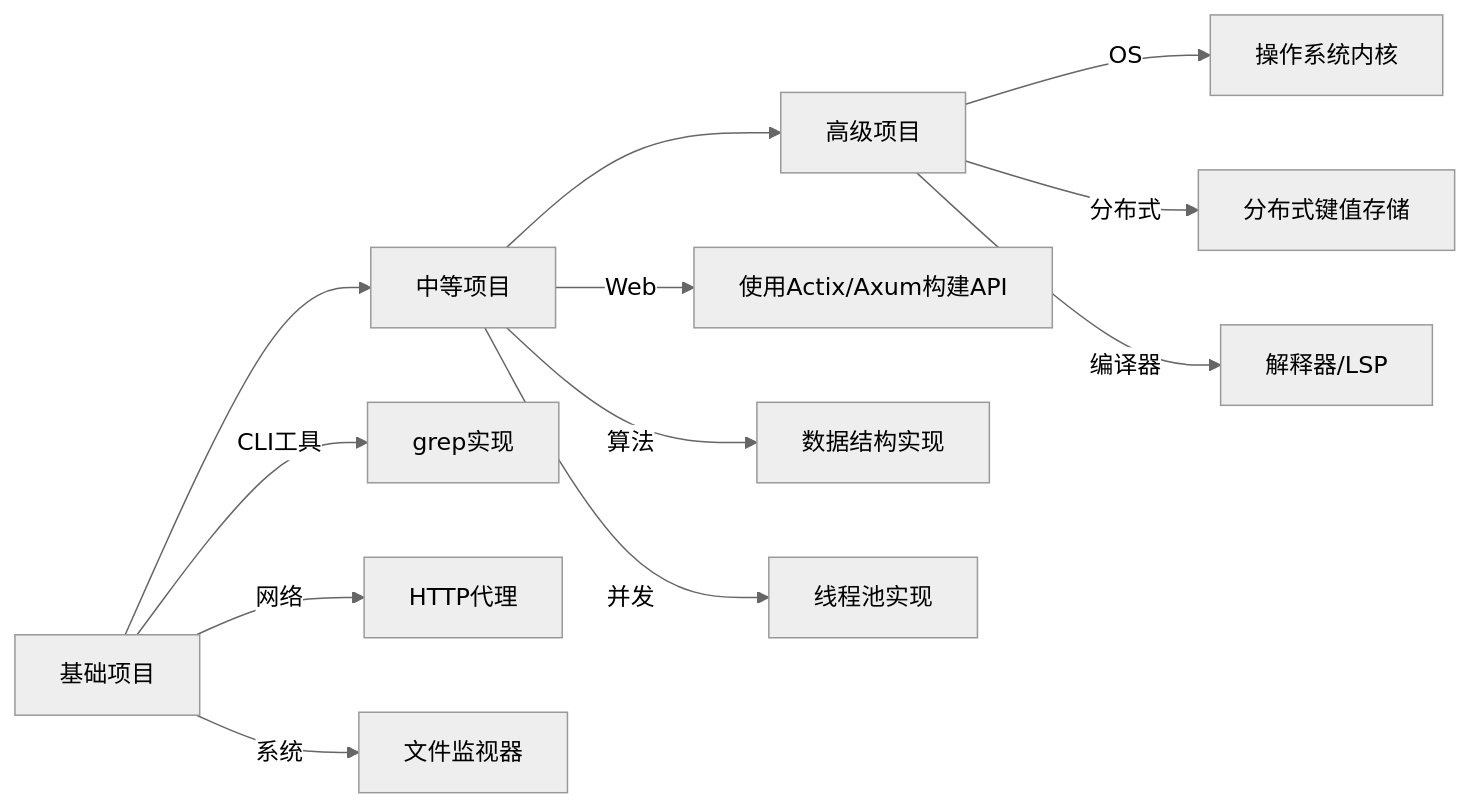
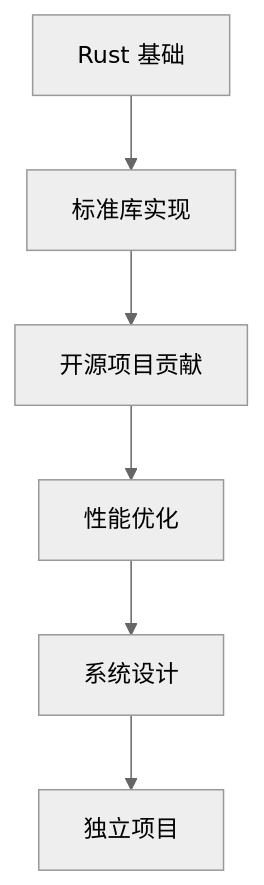
The diagram in content/rust/rust学习计划.md (dust-zed/blog), drawn with Mermaid (neutral theme) before and after one commit. The commit also changed other lines of this file and 2 other files, not shown here.

````diff
--- a/content/rust/rust学习计划.md
+++ b/content/rust/rust学习计划.md
@@ -24,17 +53,8 @@
-```mermaid
-graph LR
-    A[基础项目] --> B[中等项目]
-    B --> C[高级项目]
-    
-    A --> |CLI工具| A1[grep实现]
-    A --> |网络| A2[HTTP代理]
-    A --> |系统| A3[文件监视器]
-    
-    B --> |Web| B1[使用Actix/Axum构建API]
-    B --> |算法| B2[数据结构实现]
-    B --> |并发| B3[线程池实现]
-    
-    C --> |OS| C1[操作系统内核]
-    C --> |分布式| C2[分布式键值存储]
-    C --> |编译器| C3[解释器/LSP]
-```
+  ```mermaid
+  graph TD
+    A[Rust 基础] --> B[标准库实现]
+    B --> C[开源项目贡献]
+    C --> D[性能优化]
+    D --> E[系统设计]
+    E --> F[独立项目]
+  ```
````
